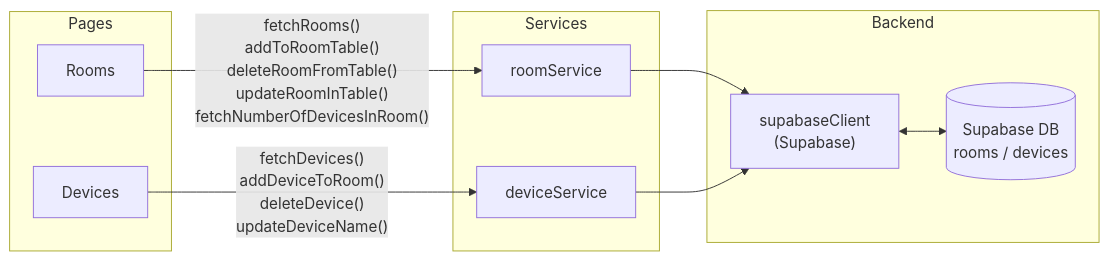
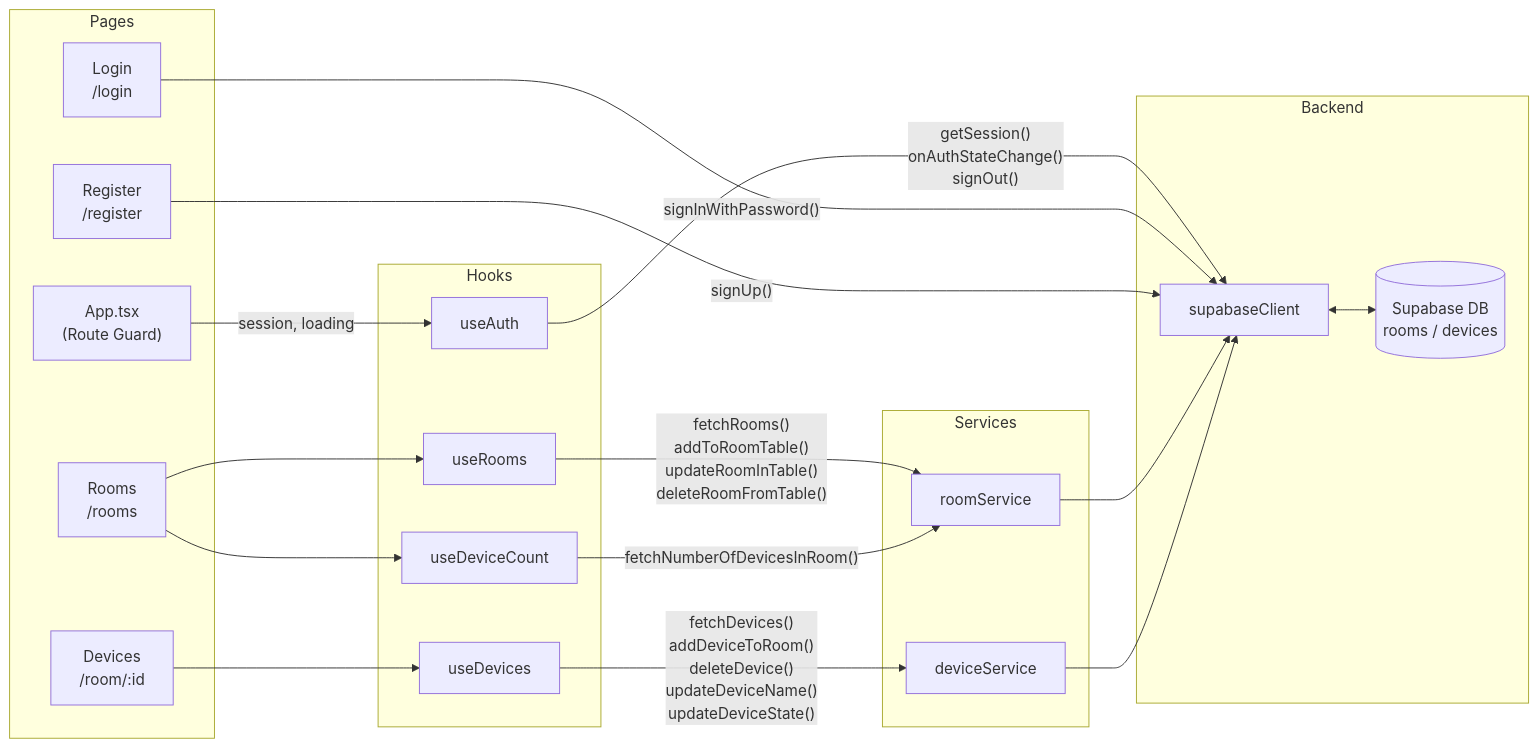
Before and after one commit to jku-win-se/teaching-2026.ss.prse.braeuer.team5: the third of 4 diagrams in docs/uml-diagram.md, drawn with Mermaid. The commit also changed other lines of this file, not shown here.

Commit message:
#62 [0.2] Update UML Diagramm für Auth Flow

````diff
--- a/docs/uml-diagram.md
+++ b/docs/uml-diagram.md
@@ -75,24 +97,44 @@
 ```mermaid
 graph LR
     subgraph Pages
-        Rooms["Rooms"]
-        Devices["Devices"]
+        App["App.tsx\n(Route Guard)"]
+        Login["Login\n/login"]
+        Register["Register\n/register"]
+        Rooms["Rooms\n/rooms"]
+        Devices["Devices\n/room/:id"]
+    end
+
+    subgraph Hooks
+        useAuth["useAuth"]
+        useRooms["useRooms"]
+        useDeviceCount["useDeviceCount"]
+        useDevices["useDevices"]
     end
 
     subgraph Services
         roomSvc["roomService"]
         deviceSvc["deviceService"]
     end
 
     subgraph Backend
-        supabase["supabaseClient\n(Supabase)"]
+        supabase["supabaseClient"]
         db[("Supabase DB\nrooms / devices")]
     end
 
-    Rooms -->|"fetchRooms()\naddToRoomTable()\ndeleteRoomFromTable()\nupdateRoomInTable()\nfetchNumberOfDevicesInRoom()"| roomSvc
-    Devices -->|"fetchDevices()\naddDeviceToRoom()\ndeleteDevice()\nupdateDeviceName()"| deviceSvc
+    App -->|"session, loading"| useAuth
+    Rooms --> useRooms
+    Rooms --> useDeviceCount
+    Devices --> useDevices
+
+    useAuth -->|"getSession()\nonAuthStateChange()\nsignOut()"| supabase
+    Login -->|"signInWithPassword()"| supabase
+    Register -->|"signUp()"| supabase
+
+    useRooms -->|"fetchRooms()\naddToRoomTable()\nupdateRoomInTable()\ndeleteRoomFromTable()"| roomSvc
+    useDeviceCount -->|"fetchNumberOfDevicesInRoom()"| roomSvc
+    useDevices -->|"fetchDevices()\naddDeviceToRoom()\ndeleteDevice()\nupdateDeviceName()\nupdateDeviceState()"| deviceSvc
 
     roomSvc --> supabase
     deviceSvc --> supabase
     supabase <--> db
 ```
````
